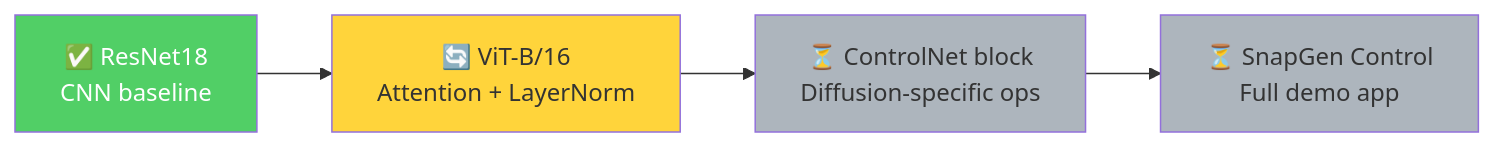
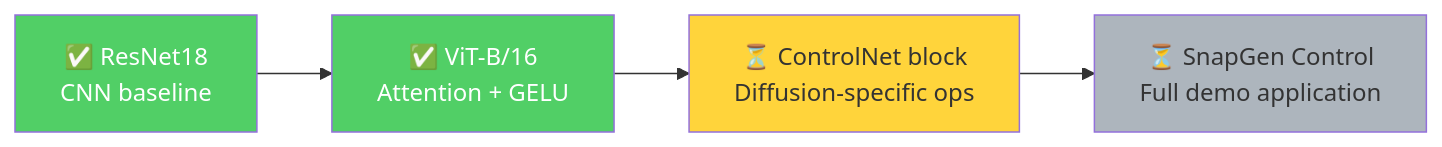
Before and after one commit to Mysteriousboy727/SnapDoctor: the fourth of 5 diagrams in README.md, drawn with Mermaid. The commit also changed other lines of this file, not shown here.

````diff
--- a/README.md
+++ b/README.md
@@ -146,11 +338,15 @@
 ```mermaid
 flowchart LR
-    A[✅ ResNet18<br/>CNN baseline] --> B[🔄 ViT-B/16<br/>Attention + LayerNorm]
+
+    A[✅ ResNet18<br/>CNN baseline]
+      --> B[✅ ViT-B/16<br/>Attention + GELU]
+
     B --> C[⏳ ControlNet block<br/>Diffusion-specific ops]
-    C --> D[⏳ SnapGen Control<br/>Full demo app]
+
+    C --> D[⏳ SnapGen Control<br/>Full demo application]
 
     style A fill:#51cf66,color:#fff
-    style B fill:#ffd43b
-    style C fill:#adb5bd
+    style B fill:#51cf66,color:#fff
+    style C fill:#ffd43b
     style D fill:#adb5bd
 ```
````
